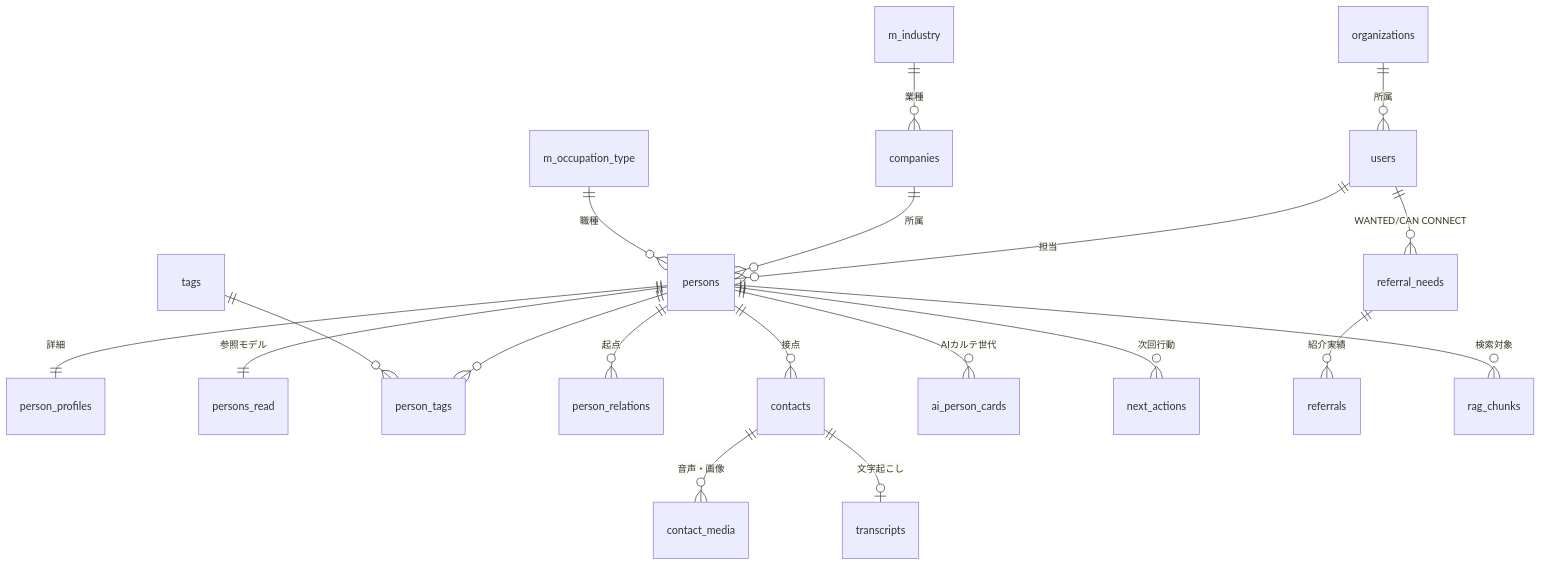
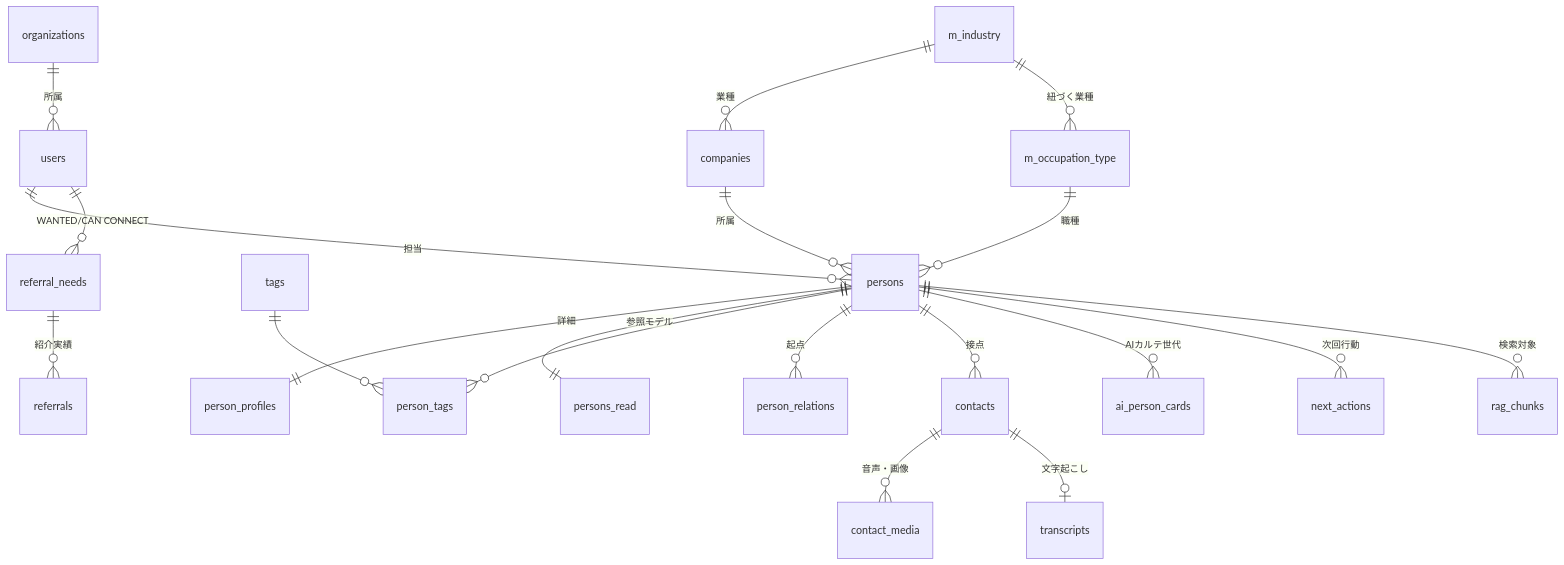
One commit to ryunosuke05218-code/Goen changed the diagram in テーブル設計書_GOEN_v1.0.md. Above: the diagram before and after it, drawn with Mermaid. The commit also changed other lines of this file and 67 other files, not shown here.

````diff
--- a/テーブル設計書_GOEN_v1.0.md
+++ b/テーブル設計書_GOEN_v1.0.md
@@ -105,21 +109,22 @@
 ```mermaid
 erDiagram
     organizations ||--o{ users : "所属"
     users ||--o{ persons : "担当"
     companies ||--o{ persons : "所属"
     m_industry ||--o{ companies : "業種"
+    m_industry ||--o{ m_occupation_type : "紐づく業種"
     m_occupation_type ||--o{ persons : "職種"
     persons ||--|| person_profiles : "詳細"
     persons ||--|| persons_read : "参照モデル"
     persons ||--o{ person_tags : ""
     tags ||--o{ person_tags : ""
     persons ||--o{ person_relations : "起点"
     persons ||--o{ contacts : "接点"
     contacts ||--o{ contact_media : "音声・画像"
     contacts ||--o| transcripts : "文字起こし"
     persons ||--o{ ai_person_cards : "AIカルテ世代"
     persons ||--o{ next_actions : "次回行動"
     users ||--o{ referral_needs : "WANTED/CAN CONNECT"
     referral_needs ||--o{ referrals : "紹介実績"
     persons ||--o{ rag_chunks : "検索対象"
 ```
````
